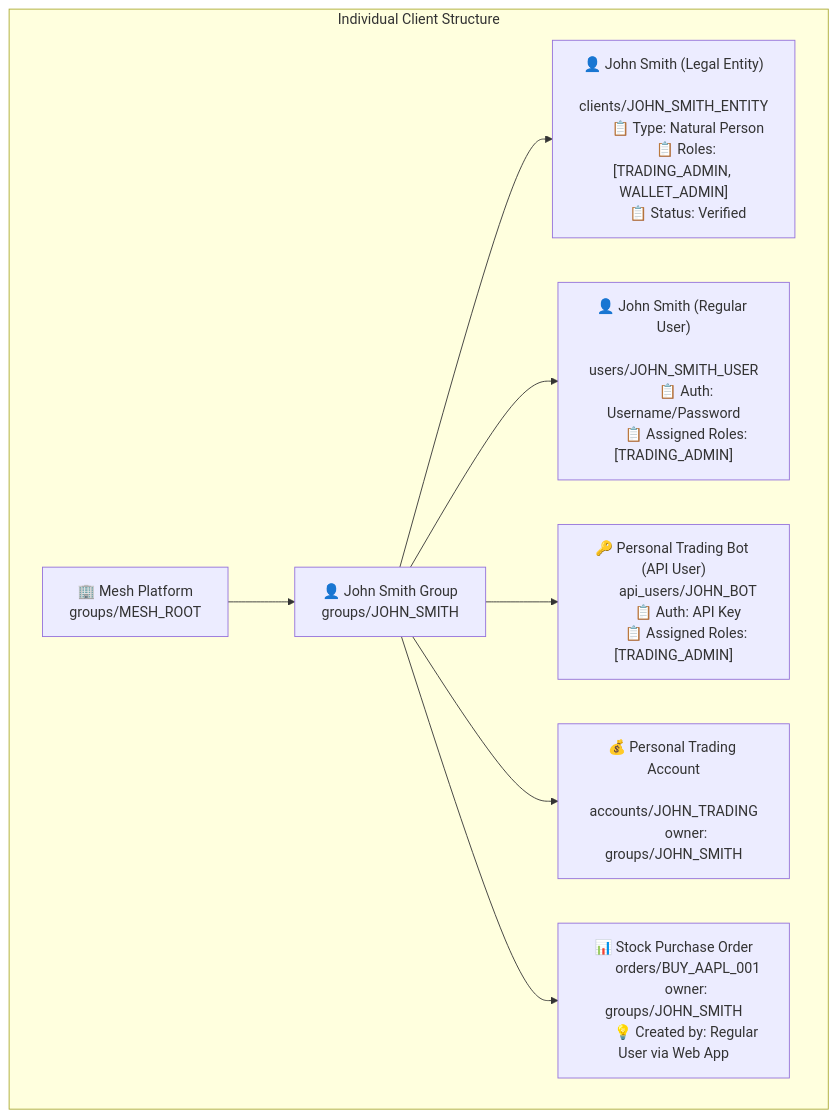
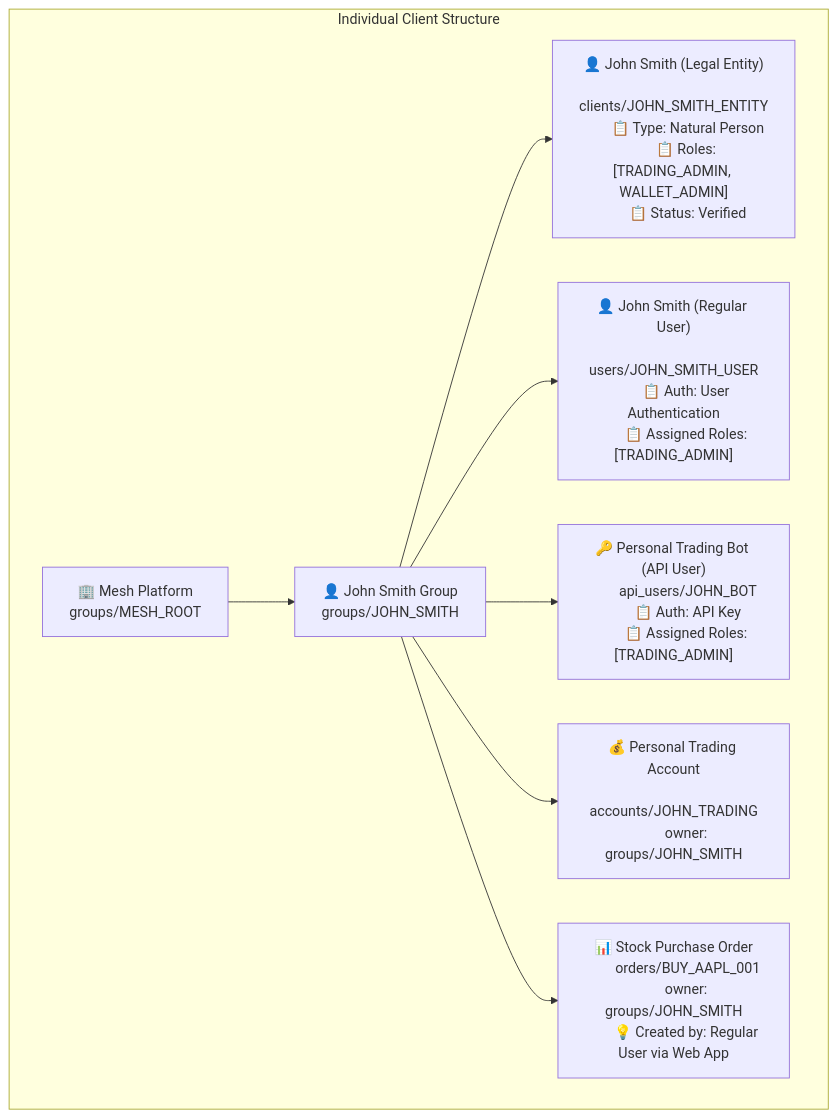
One commit to meshtrade/api changed the second of 9 diagrams in docs/docs/architecture/client-structuring.mdx. Above: the diagram before and after it, drawn with Mermaid. The commit also changed other lines of this file, not shown here.

First line of the commit message:
docs: improve client-structuring documentation and diagrams

````diff
--- a/docs/docs/architecture/client-structuring.mdx
+++ b/docs/docs/architecture/client-structuring.mdx
@@ -140,41 +140,41 @@
 ```mermaid
 graph TD
     subgraph "Individual Client Structure"
         MeshRoot["🏢 Mesh Platform
         groups/MESH_ROOT"]
 
         IndividualGroup["👤 John Smith Group
         groups/JOHN_SMITH"]
         IndividualClient["👤 John Smith (Legal Entity)
         clients/JOHN_SMITH_ENTITY
         📋 Type: Natural Person
         📋 Roles: [TRADING_ADMIN, WALLET_ADMIN]
         📋 Status: Verified"]
 
         RegularUser["👤 John Smith (Regular User)
         users/JOHN_SMITH_USER
-        📋 Auth: Username/Password
+        📋 Auth: User Authentication
         📋 Assigned Roles: [TRADING_ADMIN]"]
 
         APIUser["🔑 Personal Trading Bot (API User)
         api_users/JOHN_BOT
         📋 Auth: API Key
         📋 Assigned Roles: [TRADING_ADMIN]"]
 
         TradingAccount["💰 Personal Trading Account
         accounts/JOHN_TRADING
         owner: groups/JOHN_SMITH"]
 
         BuyOrder["📊 Stock Purchase Order
         orders/BUY_AAPL_001
         owner: groups/JOHN_SMITH
         💡 Created by: Regular User via Web App"]
 
         MeshRoot --> IndividualGroup
         IndividualGroup --> IndividualClient
         IndividualGroup --> RegularUser
         IndividualGroup --> APIUser
         IndividualGroup --> TradingAccount
         IndividualGroup --> BuyOrder
     end
 ```
````
